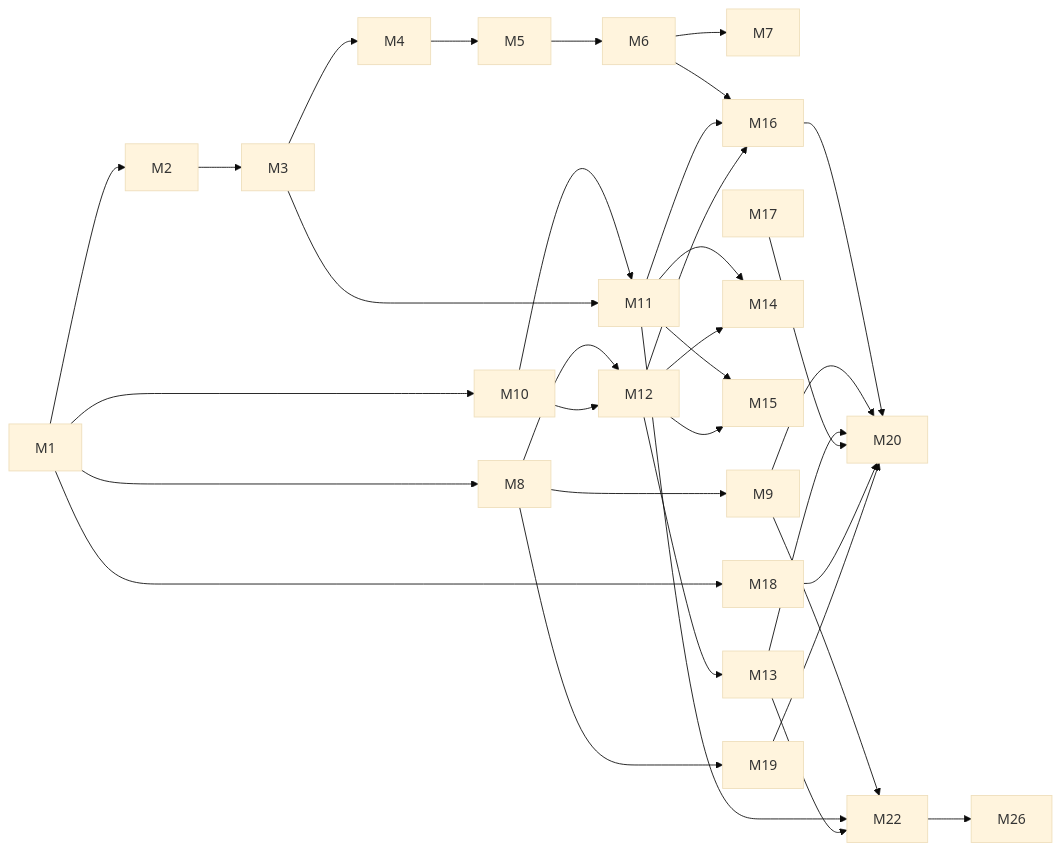
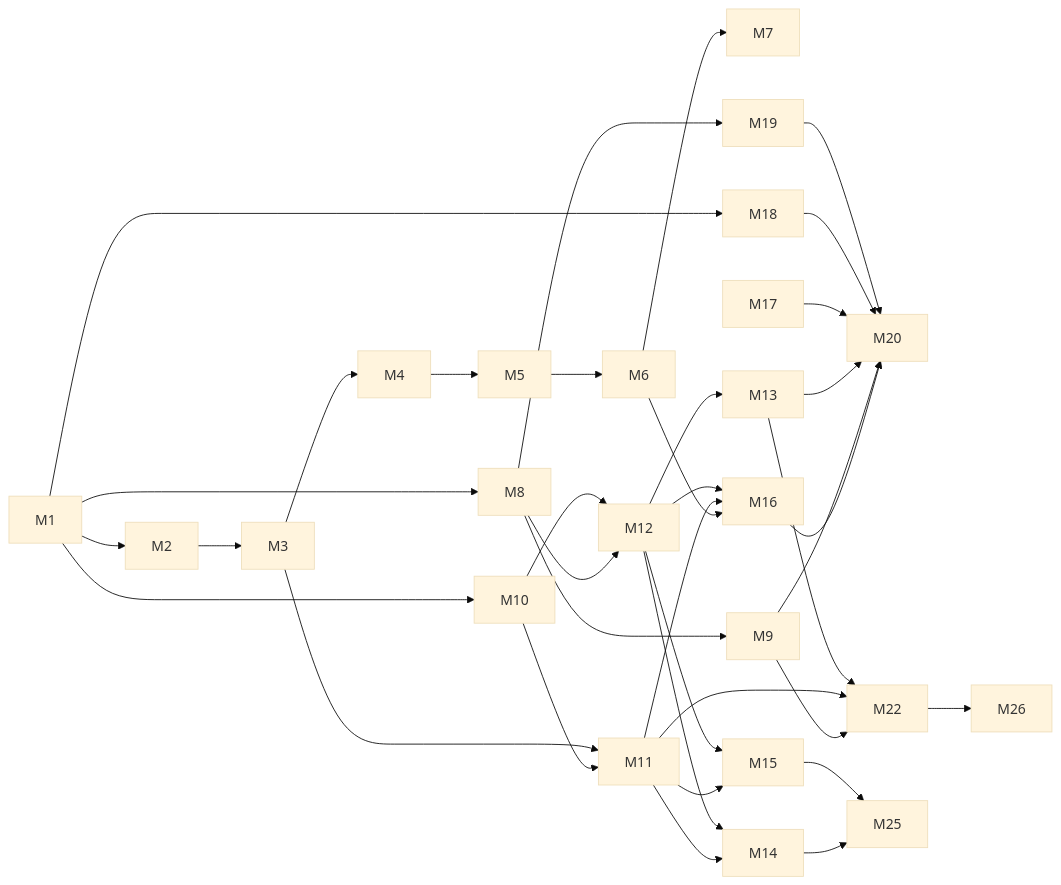
The second of 2 diagrams in docs/product-requirements.md (PavelArs/capital-tracker), drawn with Mermaid (base theme) before and after one commit. The commit also changed other lines of this file and 78 other files, not shown here.

````diff
--- a/docs/product-requirements.md
+++ b/docs/product-requirements.md
@@ -848,29 +849,31 @@
 ```mermaid
 flowchart LR
   M1 --> M2 --> M3 --> M4 --> M5 --> M6 --> M7
   M1 --> M8 --> M9
   M1 --> M10 --> M11
   M3 --> M11
   M8 --> M12
   M10 --> M12 --> M13
   M11 --> M14
   M12 --> M14
   M11 --> M15
   M12 --> M15
   M6 --> M16
   M11 --> M16
   M12 --> M16
   M1 --> M18
   M8 --> M19
   M17
   M16 --> M20
   M9 --> M20
   M13 --> M20
   M17 --> M20
   M18 --> M20
   M19 --> M20
   M9 --> M22
   M11 --> M22
   M13 --> M22
   M22 --> M26
+  M14 --> M25
+  M15 --> M25
 ```
````
